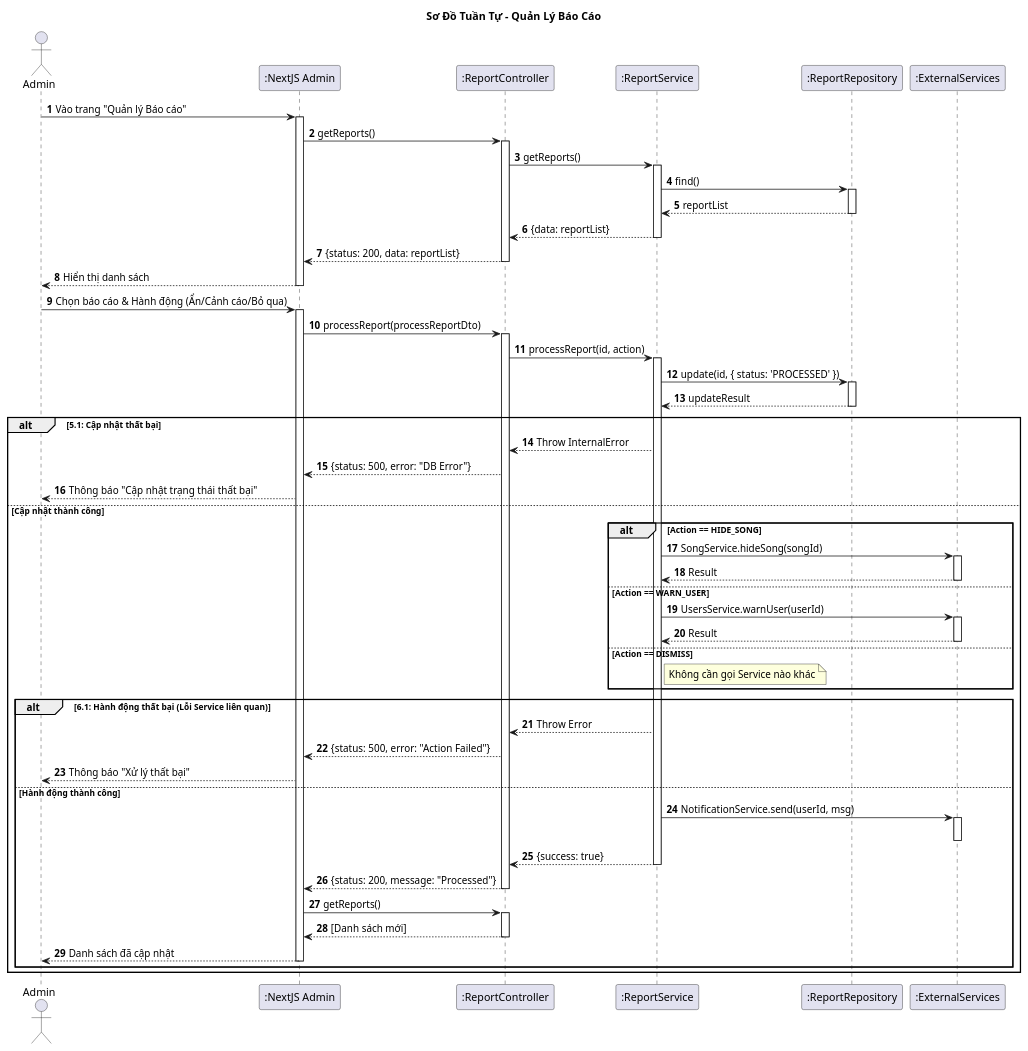
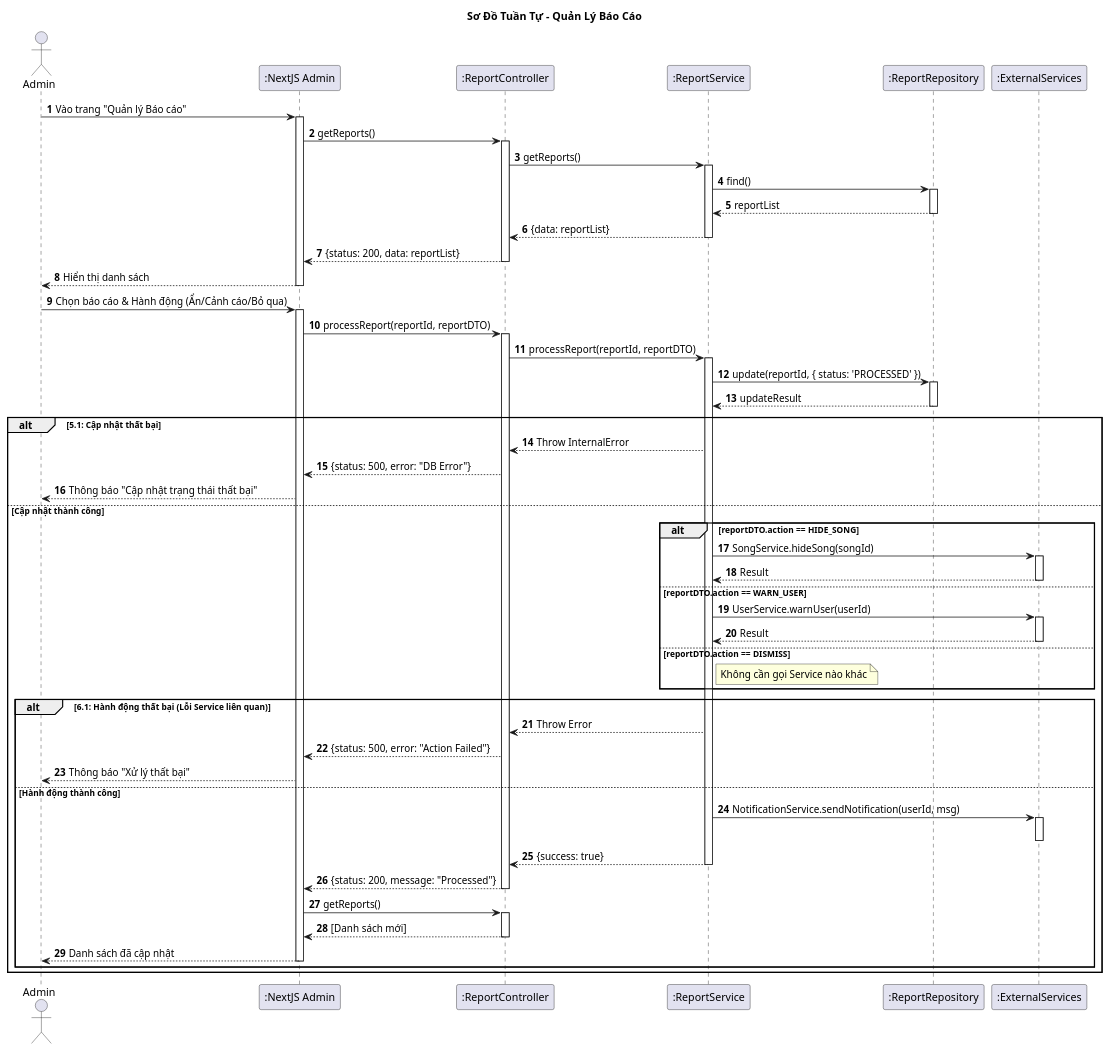
The diagram in Diagrams/SequenceDiagram/ManageReportSD.plantuml (vinh047/soundwave), drawn with PlantUML before and after one commit. The commit also changed 13 other files, not shown here.

Commit message:
Update: Sửa Class Diagram thành mức phân tích

```diff
--- a/Diagrams/SequenceDiagram/ManageReportSD.plantuml
+++ b/Diagrams/SequenceDiagram/ManageReportSD.plantuml
@@ -1,100 +1,100 @@
 @startuml Sequence Diagram - Quản Lý Báo Cáo 
 
 title Sơ Đồ Tuần Tự - Quản Lý Báo Cáo 
 
 actor "Admin" as Admin
 participant ":NextJS Admin" as UI
 participant ":ReportController" as Controller
 participant ":ReportService" as Service
 participant ":ReportRepository" as DB
 participant ":ExternalServices" as ExtService
 
 autonumber
 
 ' === BƯỚC 1: TẢI DANH SÁCH ===
 Admin -> UI: Vào trang "Quản lý Báo cáo"
 activate UI
 UI -> Controller: getReports()
 activate Controller
 Controller -> Service: getReports()
 activate Service
 
 Service -> DB: find()
 activate DB
 DB --> Service: reportList
 deactivate DB
 
 Service --> Controller: {data: reportList}
 deactivate Service
 Controller --> UI: {status: 200, data: reportList}
 deactivate Controller
 UI --> Admin: Hiển thị danh sách
 deactivate UI
 
 ' === BƯỚC 2, 3, 4: XỬ LÝ BÁO CÁO ===
 Admin -> UI: Chọn báo cáo & Hành động (Ẩn/Cảnh cáo/Bỏ qua)
 activate UI
 
 ' DTO chứa reportId và action (HIDE_SONG | WARN_USER | DISMISS)
-UI -> Controller: processReport(processReportDto)
+UI -> Controller: processReport(reportId, reportDTO)
 activate Controller
-Controller -> Service: processReport(id, action)
+Controller -> Service: processReport(reportId, reportDTO)
 activate Service
 
 ' === BƯỚC 5: CẬP NHẬT TRẠNG THÁI REPORT (Bước chung) ===
-Service -> DB: update(id, { status: 'PROCESSED' })
+Service -> DB: update(reportId, { status: 'PROCESSED' })
 activate DB
 DB --> Service: updateResult
 deactivate DB
 
 alt 5.1: Cập nhật thất bại
     Service --> Controller: Throw InternalError
     Controller --> UI: {status: 500, error: "DB Error"}
     UI --> Admin: Thông báo "Cập nhật trạng thái thất bại"
 else Cập nhật thành công
     ' === BƯỚC 6: THỰC HIỆN HÀNH ĐỘNG (Rẽ nhánh) ===
     
-    alt Action == HIDE_SONG
+    alt reportDTO.action == HIDE_SONG
         Service -> ExtService: SongService.hideSong(songId)
         activate ExtService
         ExtService --> Service: Result
         deactivate ExtService
         
-    else Action == WARN_USER
-        Service -> ExtService: UsersService.warnUser(userId)
+    else reportDTO.action == WARN_USER
+        Service -> ExtService: UserService.warnUser(userId)
         activate ExtService
         ExtService --> Service: Result
         deactivate ExtService
         
-    else Action == DISMISS
+    else reportDTO.action == DISMISS
         note right of Service: Không cần gọi Service nào khác
     end
 
     alt 6.1: Hành động thất bại (Lỗi Service liên quan)
         Service --> Controller: Throw Error
         Controller --> UI: {status: 500, error: "Action Failed"}
         UI --> Admin: Thông báo "Xử lý thất bại"
     else Hành động thành công
         ' === BƯỚC 8: GỬI THÔNG BÁO (Bước chung) ===
-        Service -> ExtService: NotificationService.send(userId, msg)
+        Service -> ExtService: NotificationService.sendNotification(userId, msg)
         activate ExtService
         deactivate ExtService
 
         Service --> Controller: {success: true}
         deactivate Service
         
         ' === BƯỚC 7: LÀM MỚI DANH SÁCH (Client Trigger) ===
         Controller --> UI: {status: 200, message: "Processed"}
         deactivate Controller
         
         UI -> Controller: getReports()
         activate Controller
         ' ... (Lặp lại quy trình lấy danh sách) ...
         Controller --> UI: [Danh sách mới]
         deactivate Controller
         
         UI --> Admin: Danh sách đã cập nhật
         deactivate UI
     end
 end
 @enduml
```
